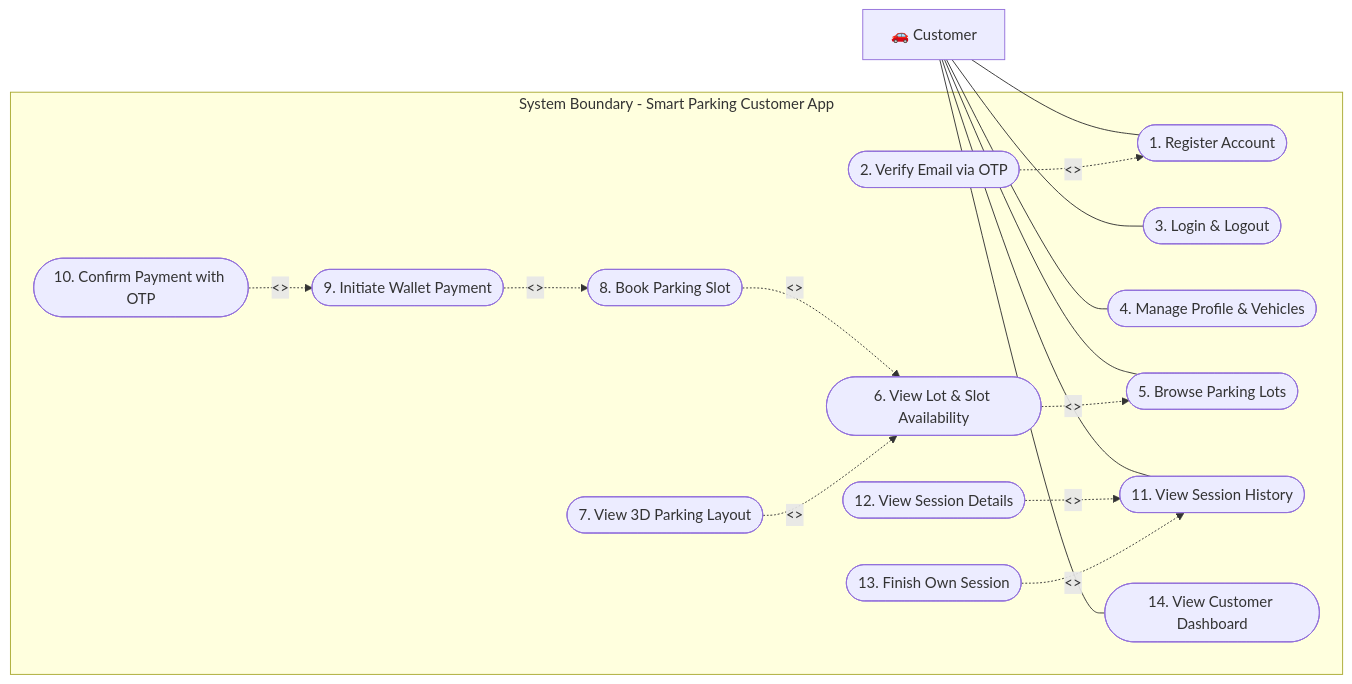
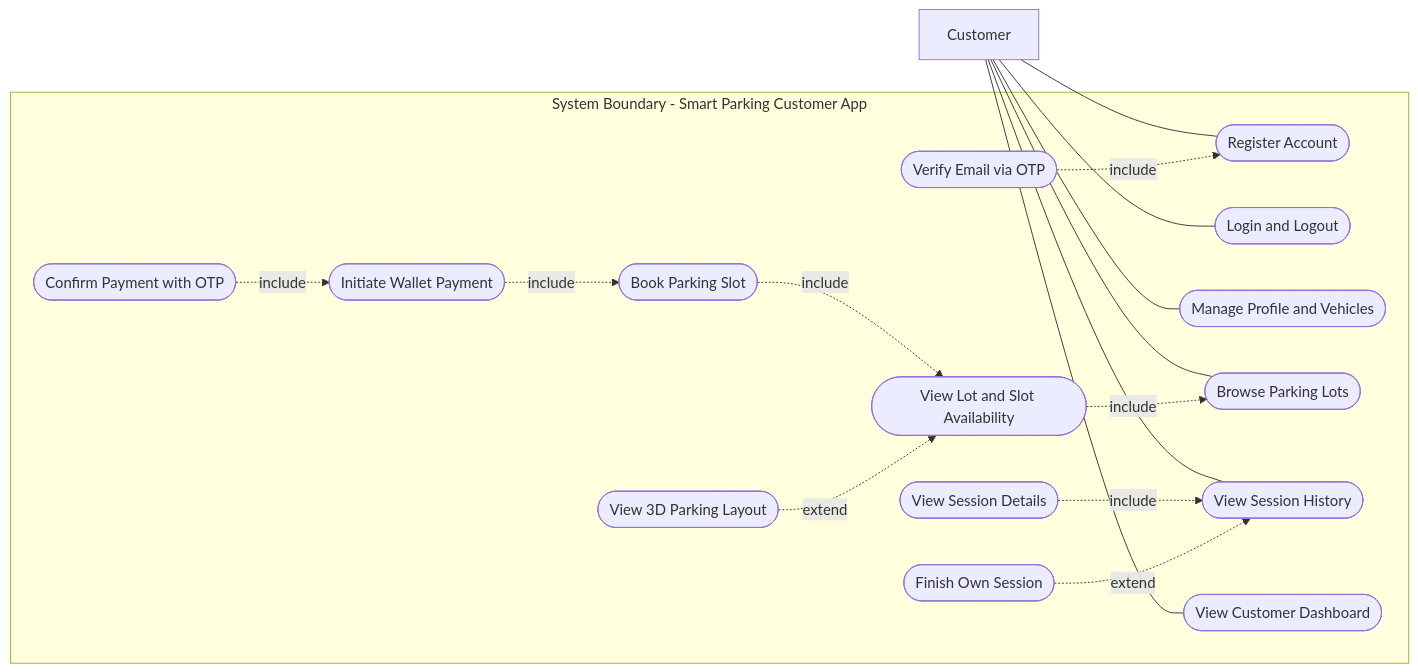
One commit to kxunsithu/smart-parking-lot-system changed the sixth of 16 diagrams in docs/Smart_Parking_Lot_System_Documentation.md. Above: the diagram before and after it, drawn with Mermaid. The commit also changed other lines of this file and 1 other file, not shown here.

````diff
--- a/docs/Smart_Parking_Lot_System_Documentation.md
+++ b/docs/Smart_Parking_Lot_System_Documentation.md
@@ -774,38 +818,38 @@
 ```mermaid
 graph LR
-    Customer["🚗 Customer"]
+    Customer["Customer"]
 
     subgraph "System Boundary - Smart Parking Customer App"
-        A1(["1. Register Account"])
-        A2(["2. Verify Email via OTP"])
-        A3(["3. Login & Logout"])
-        A4(["4. Manage Profile & Vehicles"])
-        B1(["5. Browse Parking Lots"])
-        B2(["6. View Lot & Slot Availability"])
-        B3(["7. View 3D Parking Layout"])
-        C1(["8. Book Parking Slot"])
-        C2(["9. Initiate Wallet Payment"])
-        C3(["10. Confirm Payment with OTP"])
-        D1(["11. View Session History"])
-        D2(["12. View Session Details"])
-        D3(["13. Finish Own Session"])
-        E1(["14. View Customer Dashboard"])
+        A1(["Register Account"])
+        A2(["Verify Email via OTP"])
+        A3(["Login and Logout"])
+        A4(["Manage Profile and Vehicles"])
+        B1(["Browse Parking Lots"])
+        B2(["View Lot and Slot Availability"])
+        B3(["View 3D Parking Layout"])
+        C1(["Book Parking Slot"])
+        C2(["Initiate Wallet Payment"])
+        C3(["Confirm Payment with OTP"])
+        D1(["View Session History"])
+        D2(["View Session Details"])
+        D3(["Finish Own Session"])
+        E1(["View Customer Dashboard"])
     end
 
     Customer --- A1
     Customer --- A3
     Customer --- A4
     Customer --- B1
     Customer --- D1
     Customer --- E1
 
-    %% include & extend relationships
-    A2 -.->|"<<include>>"| A1
-    B2 -.->|"<<include>>"| B1
-    C1 -.->|"<<include>>"| B2
-    C2 -.->|"<<include>>"| C1
-    C3 -.->|"<<include>>"| C2
-    D2 -.->|"<<include>>"| D1
-    B3 -.->|"<<extend>>"| B2
-    D3 -.->|"<<extend>>"| D1
+    %% include and extend relationships
+    A2 -.->|include| A1
+    B2 -.->|include| B1
+    C1 -.->|include| B2
+    C2 -.->|include| C1
+    C3 -.->|include| C2
+    D2 -.->|include| D1
+    B3 -.->|extend| B2
+    D3 -.->|extend| D1
 ```
````
